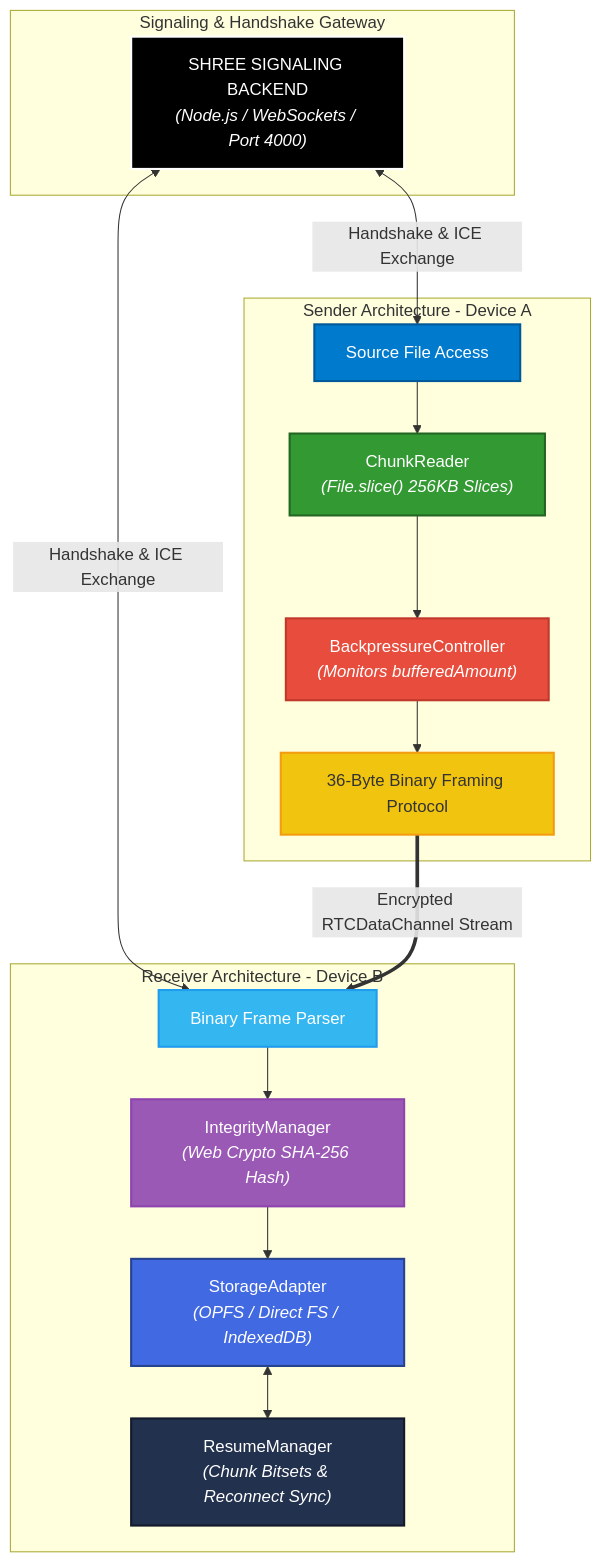
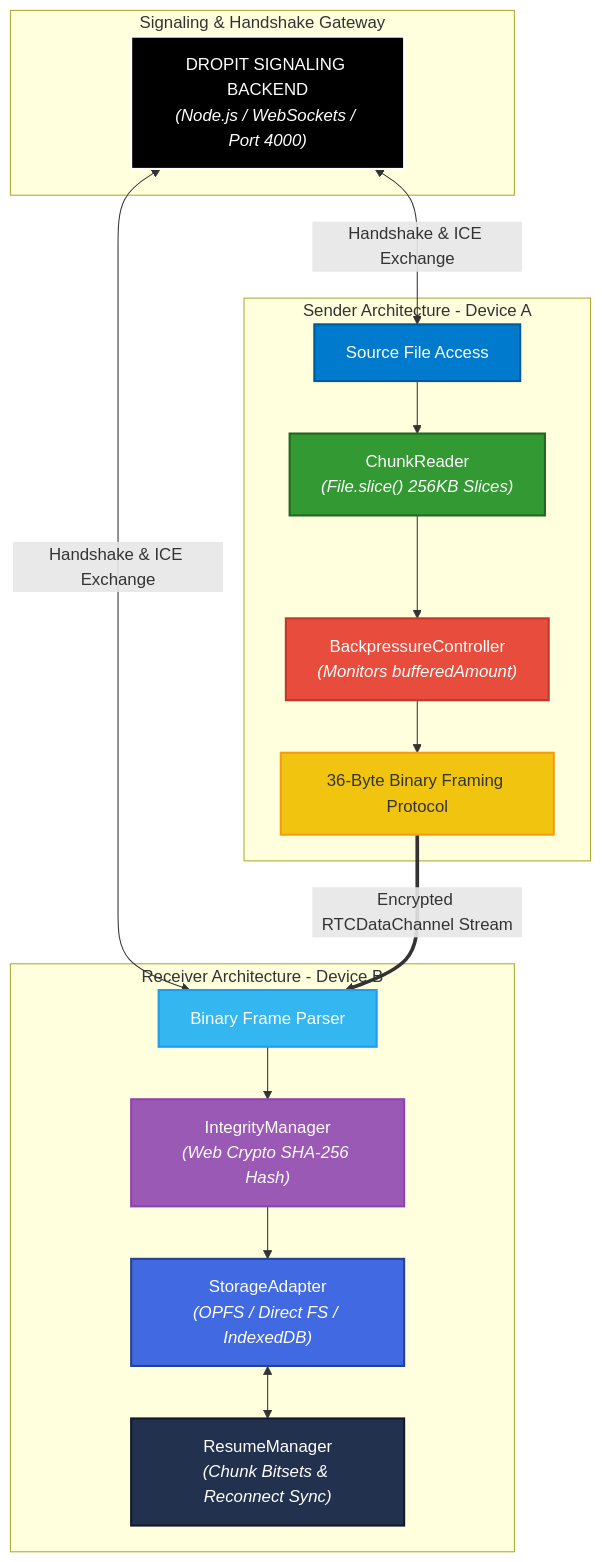
Before and after one commit to shreeharsh-patil/P2P: the diagram in README.md, drawn with Mermaid. The commit also changed other lines of this file and 14 other files, not shown here.

````diff
--- a/README.md
+++ b/README.md
@@ -42,43 +42,43 @@
 ```mermaid
 graph TD
     subgraph "Signaling & Handshake Gateway"
-        A["SHREE SIGNALING BACKEND<br><i>(Node.js / WebSockets / Port 4000)</i>"]
+        A["DROPIT SIGNALING BACKEND<br><i>(Node.js / WebSockets / Port 4000)</i>"]
     end
 
     subgraph "Sender Architecture - Device A"
         B1["Source File Access"]
         B2["ChunkReader<br><i>(File.slice() 256KB Slices)</i>"]
         B3["BackpressureController<br><i>(Monitors bufferedAmount)</i>"]
         B4["36-Byte Binary Framing Protocol"]
     end
 
     subgraph "Receiver Architecture - Device B"
         C1["Binary Frame Parser"]
         C2["IntegrityManager<br><i>(Web Crypto SHA-256 Hash)</i>"]
         C3["StorageAdapter<br><i>(OPFS / Direct FS / IndexedDB)</i>"]
         C4["ResumeManager<br><i>(Chunk Bitsets & Reconnect Sync)</i>"]
     end
 
     A <-->|Handshake & ICE Exchange| B1
     A <-->|Handshake & ICE Exchange| C1
 
     B1 --> B2
     B2 --> B3
     B3 --> B4
 
     B4 == Encrypted RTCDataChannel Stream ==> C1
 
     C1 --> C2
     C2 --> C3
     C3 <--> C4
 
     style A fill:#000000,stroke:#fff,stroke-width:2px,color:#fff
     style B1 fill:#007ACC,stroke:#005999,stroke-width:2px,color:#fff
     style B2 fill:#339933,stroke:#236623,stroke-width:2px,color:#fff
     style B3 fill:#e74c3c,stroke:#c0392b,stroke-width:2px,color:#fff
     style B4 fill:#f1c40f,stroke:#f39c12,stroke-width:2px,color:#333
     style C1 fill:#34B7F1,stroke:#209CEE,stroke-width:2px,color:#fff
     style C2 fill:#9b59b6,stroke:#8e44ad,stroke-width:2px,color:#fff
     style C3 fill:#4169E1,stroke:#27438e,stroke-width:2px,color:#fff
     style C4 fill:#22314E,stroke:#121a2b,stroke-width:2px,color:#fff
 ```
````
